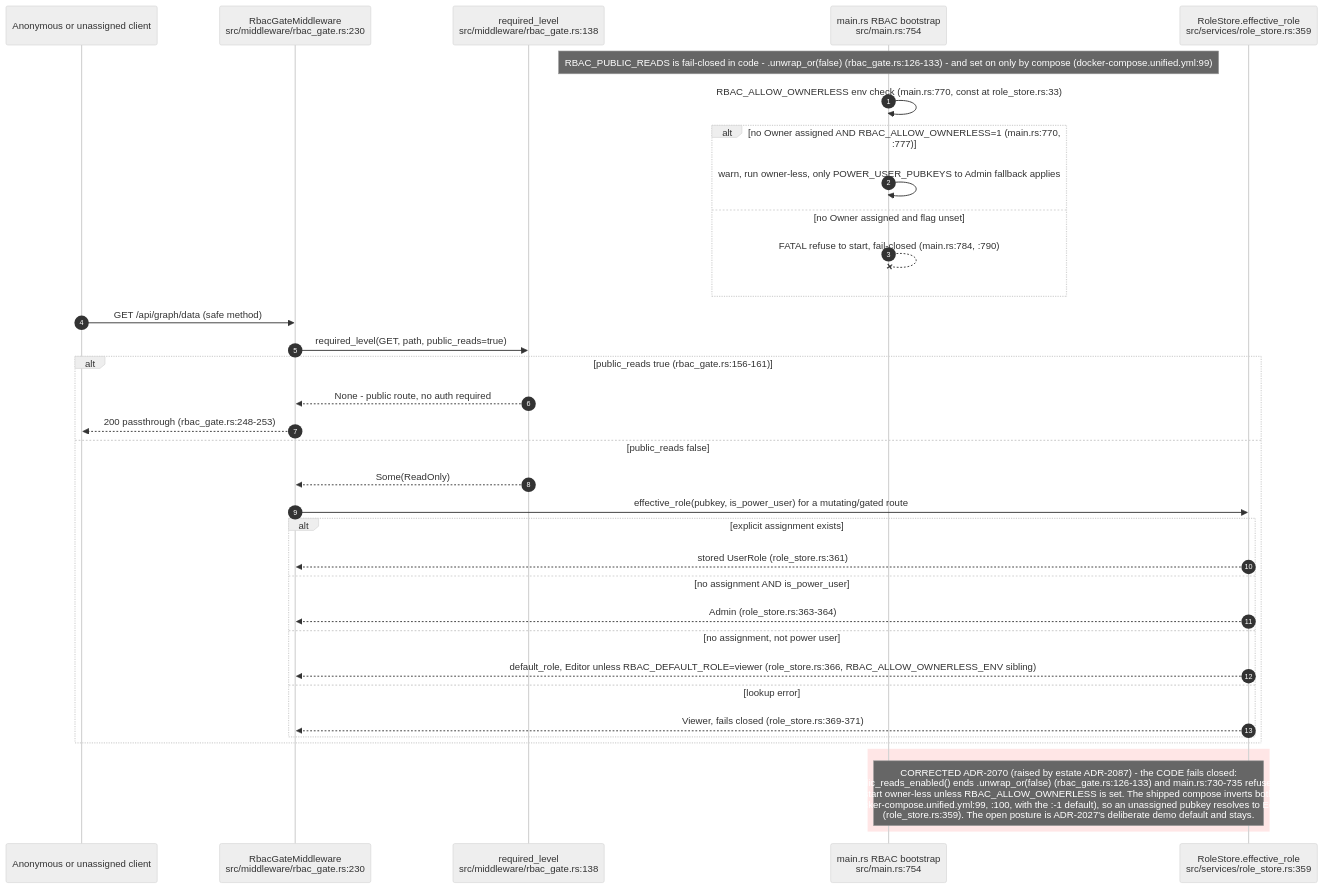
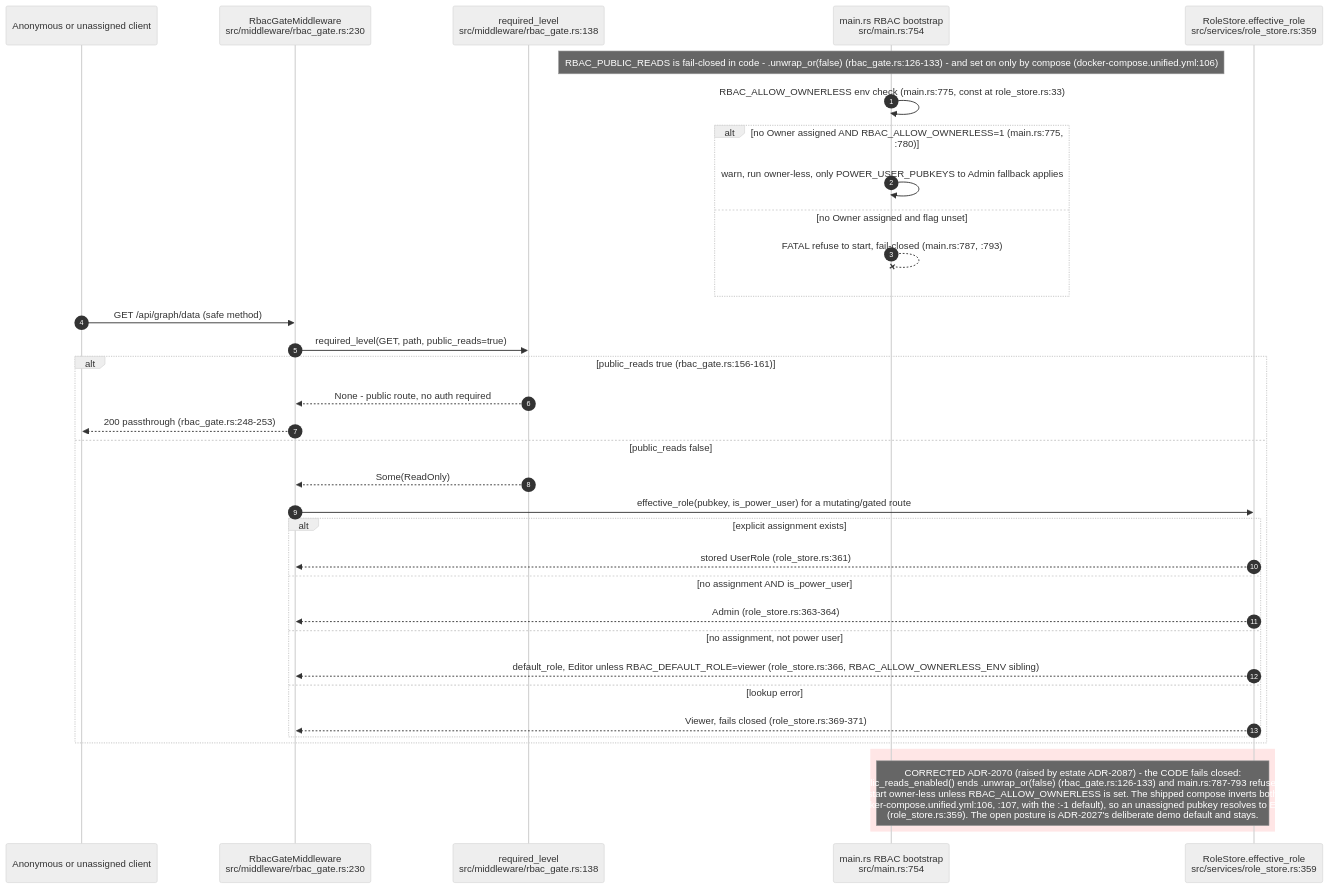
The ninth of 11 diagrams in docs/diagrams/visionclaw/22-data-authority-provenance-erasure.md (DreamLab-AI/VisionFlow), drawn with Mermaid (neutral theme) before and after one commit. The commit also changed other lines of this file and 136 other files, not shown here.

First line of the commit message:
docs(diagrams): refresh the whole corpus to code HEAD and prune low-value diagrams

````diff
--- a/docs/diagrams/visionclaw/22-data-authority-provenance-erasure.md
+++ b/docs/diagrams/visionclaw/22-data-authority-provenance-erasure.md
@@ -380,38 +382,38 @@
 ```mermaid
 sequenceDiagram
     autonumber
     participant C as Anonymous or unassigned client
     participant GATE as RbacGateMiddleware<br/>src/middleware/rbac_gate.rs:230
     participant REQ as required_level<br/>src/middleware/rbac_gate.rs:138
     participant BOOT as main.rs RBAC bootstrap<br/>src/main.rs:754
     participant RS as RoleStore.effective_role<br/>src/services/role_store.rs:359
 
-    Note over BOOT: RBAC_PUBLIC_READS is fail-closed in code - .unwrap_or(false) (rbac_gate.rs:126-133) - and set on only by compose (docker-compose.unified.yml:99)
-    BOOT->>BOOT: RBAC_ALLOW_OWNERLESS env check (main.rs:770, const at role_store.rs:33)
-    alt no Owner assigned AND RBAC_ALLOW_OWNERLESS=1 (main.rs:770, :777)
+    Note over BOOT: RBAC_PUBLIC_READS is fail-closed in code - .unwrap_or(false) (rbac_gate.rs:126-133) - and set on only by compose (docker-compose.unified.yml:106)
+    BOOT->>BOOT: RBAC_ALLOW_OWNERLESS env check (main.rs:775, const at role_store.rs:33)
+    alt no Owner assigned AND RBAC_ALLOW_OWNERLESS=1 (main.rs:775, :780)
         BOOT->>BOOT: warn, run owner-less, only POWER_USER_PUBKEYS to Admin fallback applies
     else no Owner assigned and flag unset
-        BOOT--xBOOT: FATAL refuse to start, fail-closed (main.rs:784, :790)
+        BOOT--xBOOT: FATAL refuse to start, fail-closed (main.rs:787, :793)
     end
     C->>GATE: GET /api/graph/data (safe method)
     GATE->>REQ: required_level(GET, path, public_reads=true)
     alt public_reads true (rbac_gate.rs:156-161)
         REQ-->>GATE: None - public route, no auth required
         GATE-->>C: 200 passthrough (rbac_gate.rs:248-253)
     else public_reads false
         REQ-->>GATE: Some(ReadOnly)
         GATE->>RS: effective_role(pubkey, is_power_user) for a mutating/gated route
         alt explicit assignment exists
             RS-->>GATE: stored UserRole (role_store.rs:361)
         else no assignment AND is_power_user
             RS-->>GATE: Admin (role_store.rs:363-364)
         else no assignment, not power user
             RS-->>GATE: default_role, Editor unless RBAC_DEFAULT_ROLE=viewer (role_store.rs:366, RBAC_ALLOW_OWNERLESS_ENV sibling)
         else lookup error
             RS-->>GATE: Viewer, fails closed (role_store.rs:369-371)
         end
     end
     rect rgb(255, 230, 230)
-    Note over BOOT,RS: CORRECTED ADR-2070 (raised by estate ADR-2087) - the CODE fails closed:<br/>public_reads_enabled() ends .unwrap_or(false) (rbac_gate.rs:126-133) and main.rs:730-735 refuses to<br/>start owner-less unless RBAC_ALLOW_OWNERLESS is set. The shipped compose inverts both<br/>(docker-compose.unified.yml:99, :100, with the :-1 default), so an unassigned pubkey resolves to Editor<br/>(role_store.rs:359). The open posture is ADR-2027's deliberate demo default and stays.
+    Note over BOOT,RS: CORRECTED ADR-2070 (raised by estate ADR-2087) - the CODE fails closed:<br/>public_reads_enabled() ends .unwrap_or(false) (rbac_gate.rs:126-133) and main.rs:787-793 refuses to<br/>start owner-less unless RBAC_ALLOW_OWNERLESS is set. The shipped compose inverts both<br/>(docker-compose.unified.yml:106, :107, with the :-1 default), so an unassigned pubkey resolves to Editor<br/>(role_store.rs:359). The open posture is ADR-2027's deliberate demo default and stays.
     end
 ```
````
